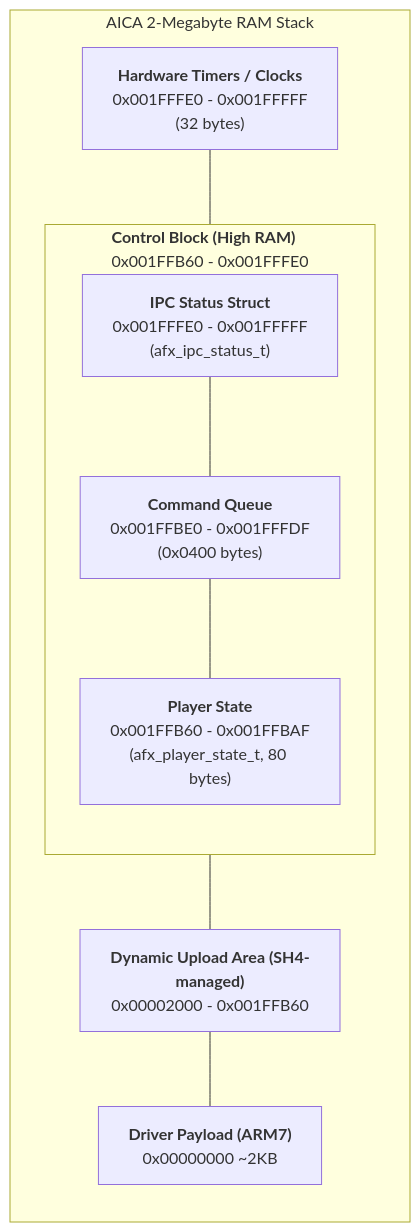
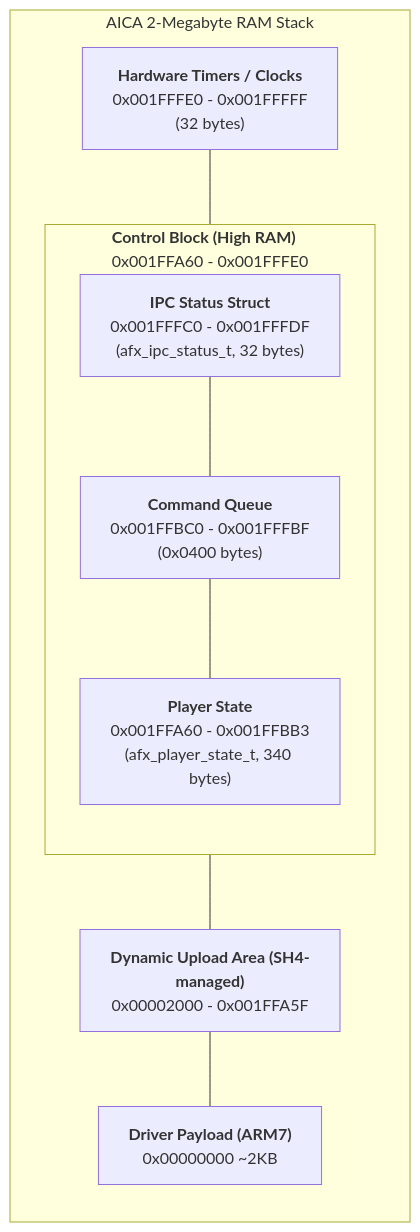
One commit to dfchil/aicaflow changed the diagram in docs/afx_design.md. Above: the diagram before and after it, drawn with Mermaid. The commit also changed other lines of this file and 9 other files, not shown here.

````diff
--- a/docs/afx_design.md
+++ b/docs/afx_design.md
@@ -35,23 +40,23 @@
 ```mermaid
 graph TD
     subgraph AICA_RAM ["AICA 2-Megabyte RAM Stack"]
         direction TB
 
         CLOCKS["<b>Hardware Timers / Clocks</b><br/>0x001FFFE0 - 0x001FFFFF<br/>(32 bytes)"]
 
-        subgraph IPC_BLOCK ["<b>Control Block (High RAM)</b><br/>0x001FFB60 - 0x001FFFE0"]
+        subgraph IPC_BLOCK ["<b>Control Block (High RAM)</b><br/>0x001FFA60 - 0x001FFFE0"]
             direction TB
-            STATUS["<b>IPC Status Struct</b><br/>0x001FFFE0 - 0x001FFFFF<br/>(afx_ipc_status_t)"]
-            QUEUE["<b>Command Queue</b><br/>0x001FFBE0 - 0x001FFFDF<br/>(0x0400 bytes)"]
-            PLAYER["<b>Player State</b><br/>0x001FFB60 - 0x001FFBAF<br/>(afx_player_state_t, 80 bytes)"]
+            STATUS["<b>IPC Status Struct</b><br/>0x001FFFC0 - 0x001FFFDF<br/>(afx_ipc_status_t, 32 bytes)"]
+            QUEUE["<b>Command Queue</b><br/>0x001FFBC0 - 0x001FFFBF<br/>(0x0400 bytes)"]
+            PLAYER["<b>Player State</b><br/>0x001FFA60 - 0x001FFBB3<br/>(afx_player_state_t, 340 bytes)"]
             STATUS --- QUEUE
             QUEUE --- PLAYER
         end
 
         CLOCKS --- IPC_BLOCK
         IPC_BLOCK --- DYNAMIC
-        DYNAMIC["<b>Dynamic Upload Area (SH4-managed)</b><br/>0x00002000 - 0x001FFB60"]
+        DYNAMIC["<b>Dynamic Upload Area (SH4-managed)</b><br/>0x00002000 - 0x001FFA5F"]
         DYNAMIC --- DRIVER
         DRIVER["<b>Driver Payload (ARM7)</b><br/>0x00000000 ~2KB"]
     end
 ```
````
